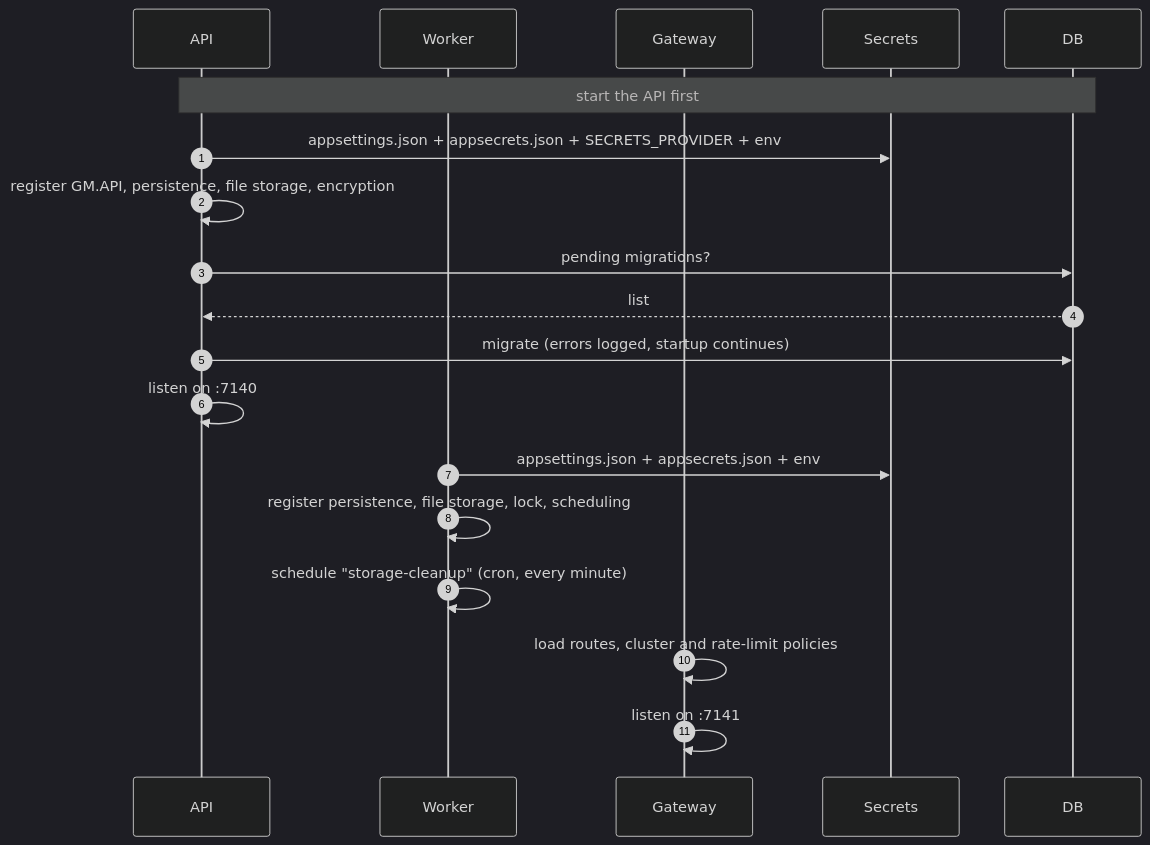
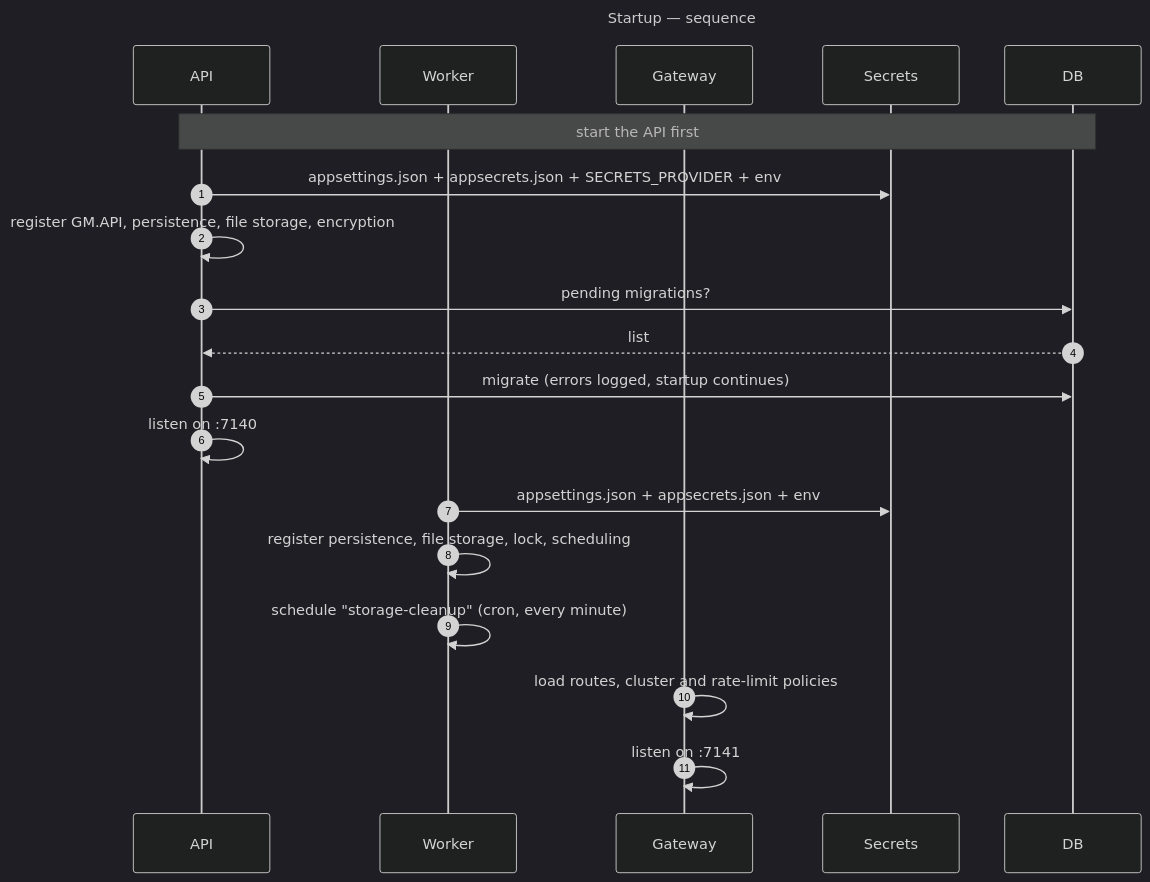
One commit to gmetskhvarishvili/GM.FileStorage.Samples changed the first of 14 diagrams in docs/sequence-diagrams.md. Above: the diagram before and after it, drawn with Mermaid (dark theme). The commit also changed other lines of this file and 7 other files, not shown here.

First line of the commit message:
docs: name every diagram "subject — kind" and index them

````diff
--- a/docs/sequence-diagrams.md
+++ b/docs/sequence-diagrams.md
@@ -27,24 +25,27 @@
 ```mermaid
+---
+title: Startup — sequence
+---
 sequenceDiagram
     autonumber
     participant API
     participant W as Worker
     participant G as Gateway
     participant Sec as Secrets
     participant DB
 
     Note over API,DB: start the API first
     API->>Sec: appsettings.json + appsecrets.json + SECRETS_PROVIDER + env
     API->>API: register GM.API, persistence, file storage, encryption
     API->>DB: pending migrations?
     DB-->>API: list
     API->>DB: migrate (errors logged, startup continues)
     API->>API: listen on :7140
 
     W->>Sec: appsettings.json + appsecrets.json + env
     W->>W: register persistence, file storage, lock, scheduling
     W->>W: schedule "storage-cleanup" (cron, every minute)
 
     G->>G: load routes, cluster and rate-limit policies
     G->>G: listen on :7141
 ```
````
